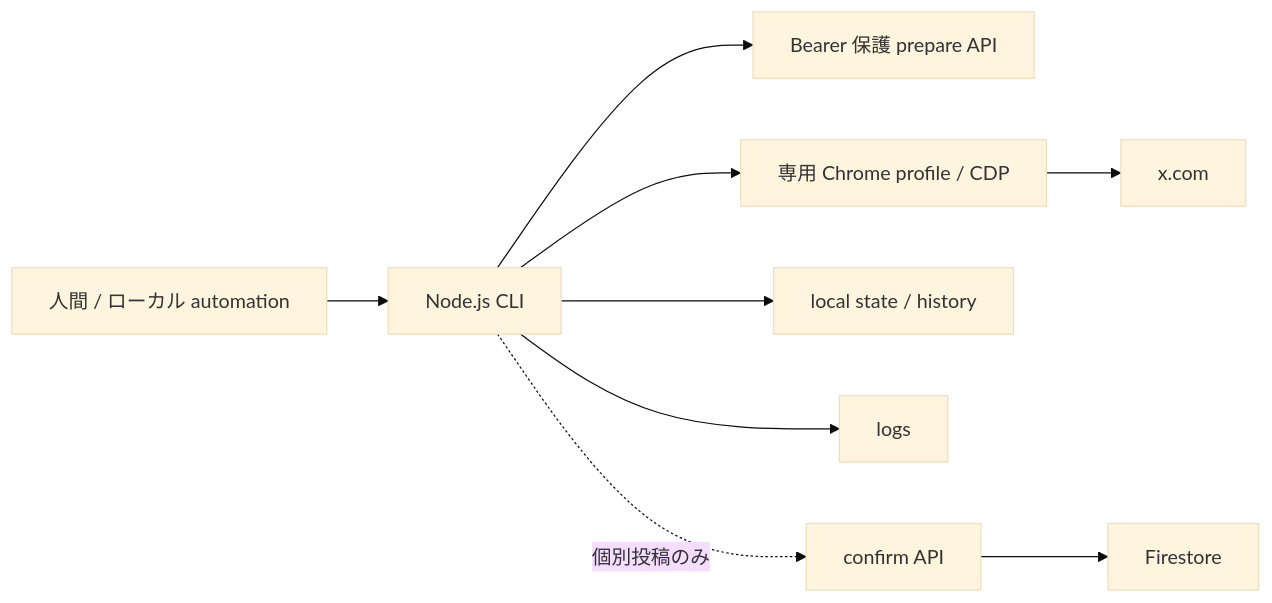
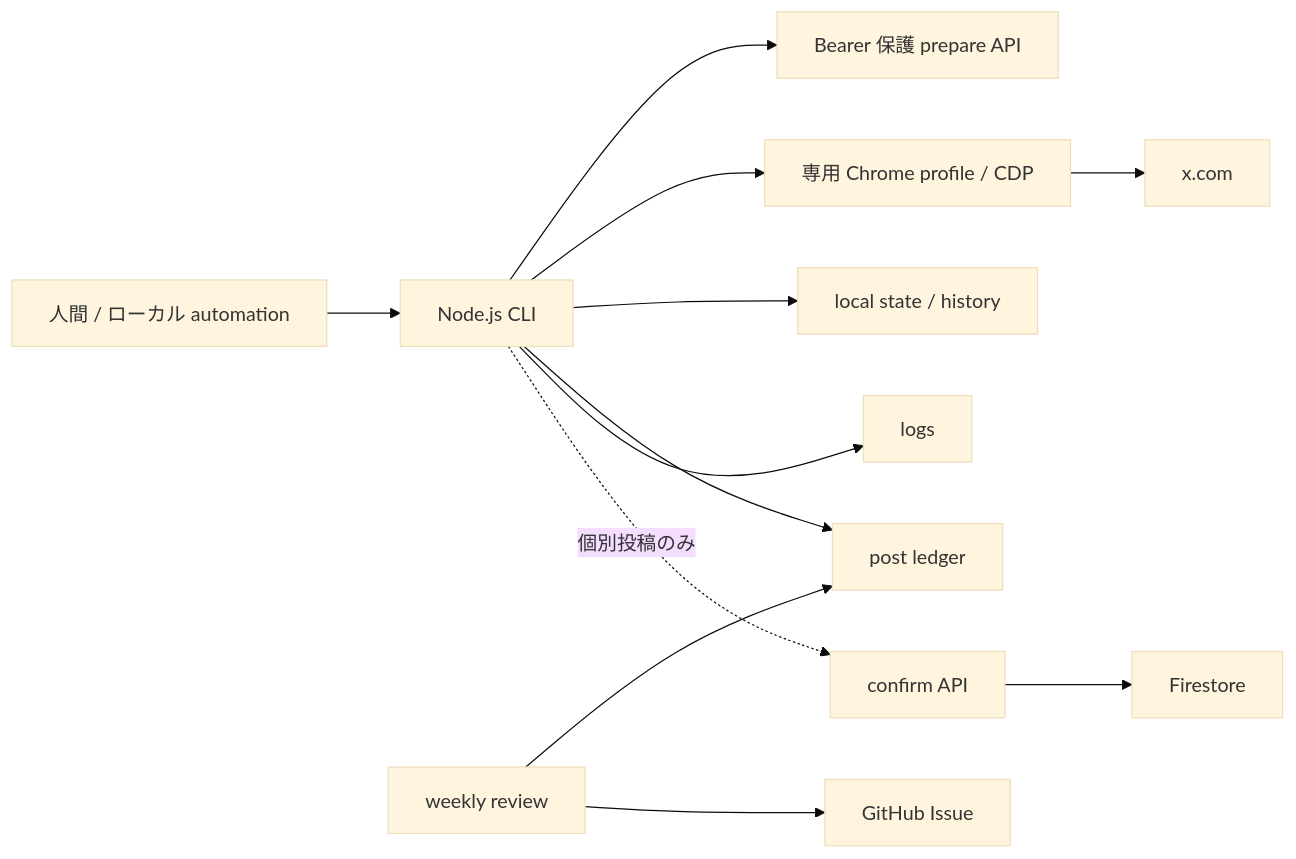
The diagram in docs/system-design/subsystems/x-posting.md (FukaseDaichi/nazomatic), drawn with Mermaid (base theme) before and after one commit. The commit also changed other lines of this file and 18 other files, not shown here.

````diff
--- a/docs/system-design/subsystems/x-posting.md
+++ b/docs/system-design/subsystems/x-posting.md
@@ -22,11 +22,14 @@
 ```mermaid
 flowchart LR
   operator["人間 / ローカル automation"] --> cli["Node.js CLI"]
   cli --> prepare["Bearer 保護 prepare API"]
   cli --> chrome["専用 Chrome profile / CDP"]
   chrome --> x["x.com"]
   cli --> state["local state / history"]
+  cli --> ledger["post ledger"]
   cli --> log["logs"]
+  review["weekly review"] --> ledger
+  review --> issue["GitHub Issue"]
   cli -. 個別投稿のみ .-> confirm["confirm API"]
   confirm --> firestore["Firestore"]
 ```
````
